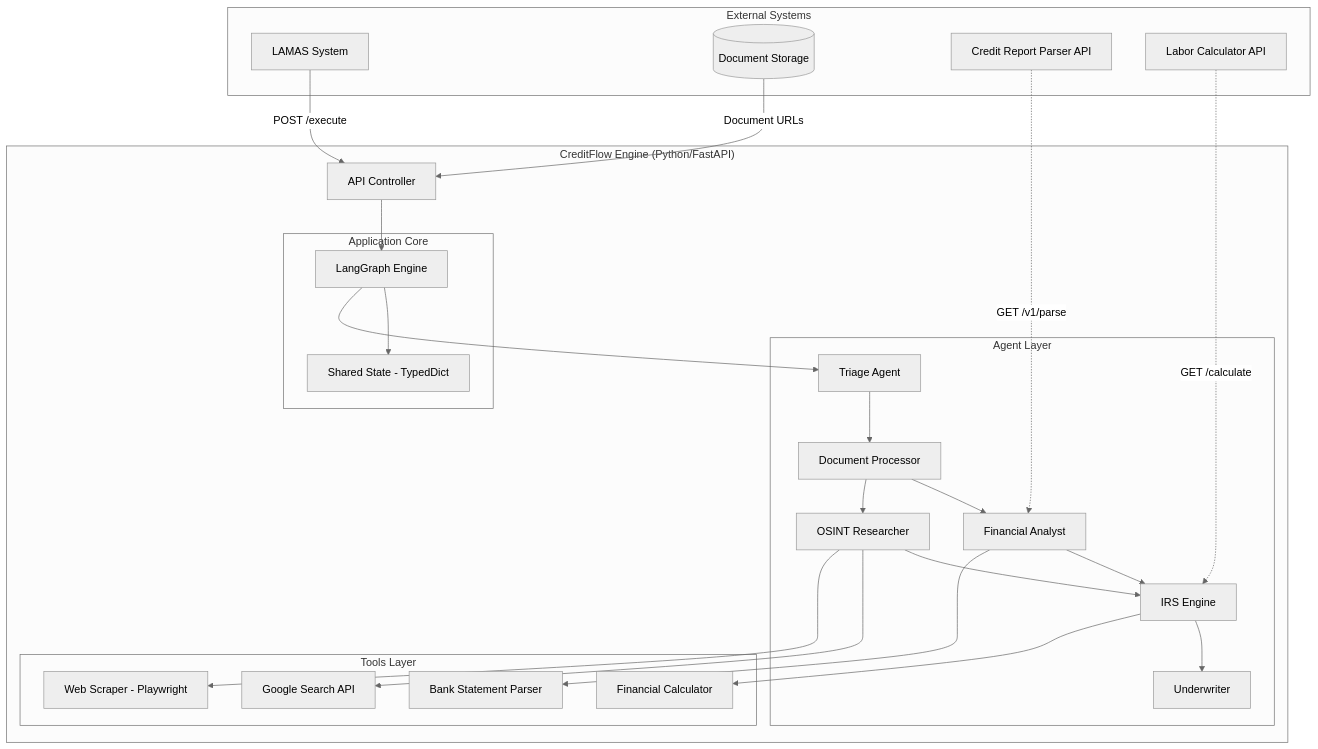
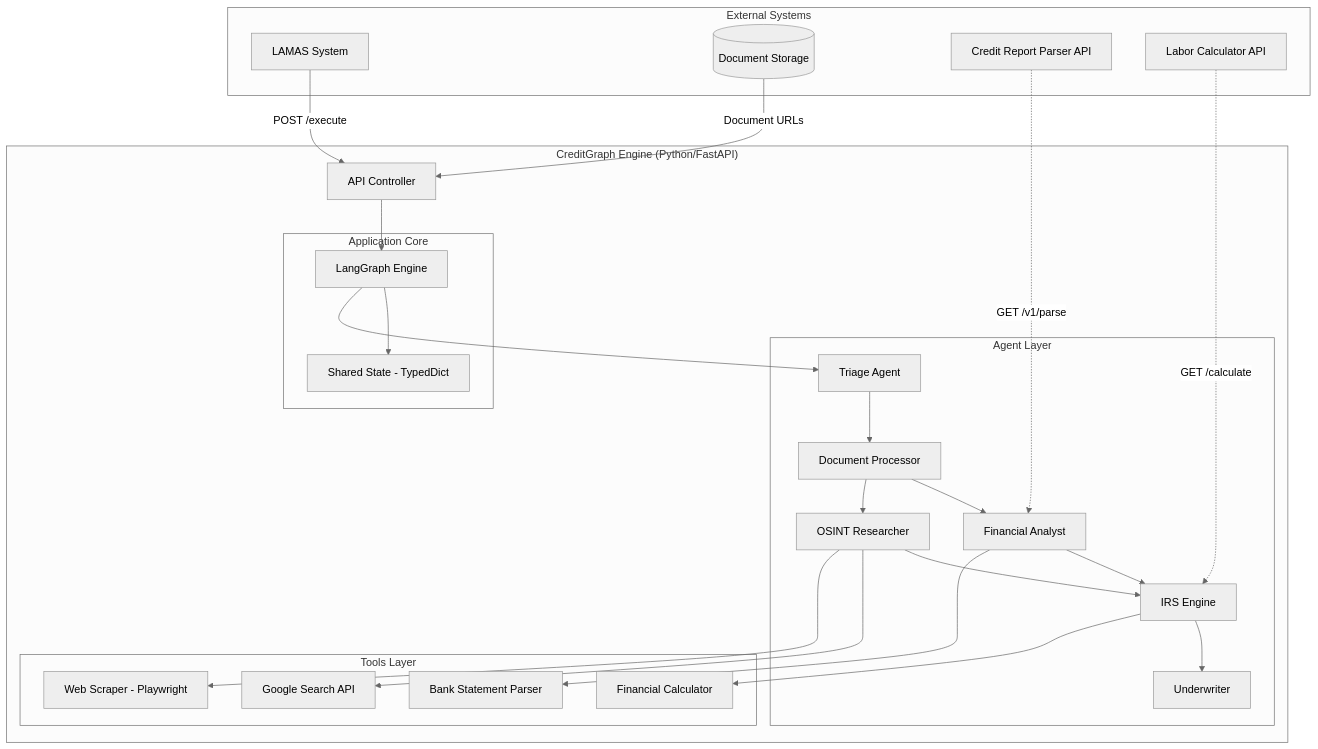
The second of 3 diagrams in docs/planning/prd.md (ibernabel/financial-risk-agent-graph), drawn with Mermaid (neutral theme) before and after one commit. The commit also changed other lines of this file and 15 other files, not shown here.

First line of the commit message:
refactor: rename project from CreditFlow AI to CreditGraph AI

````diff
--- a/docs/planning/prd.md
+++ b/docs/planning/prd.md
@@ -127,52 +127,52 @@
 ```mermaid
 graph TD
     subgraph External["External Systems"]
         LAMAS[LAMAS System]
         S3[(Document Storage)]
         CreditParser[Credit Report Parser API]
         LaborCalc[Labor Calculator API]
     end
 
-    subgraph CreditFlow["CreditFlow Engine (Python/FastAPI)"]
+    subgraph CreditGraph["CreditGraph Engine (Python/FastAPI)"]
         API[API Controller]
 
         subgraph Core["Application Core"]
             Orchestrator[LangGraph Engine]
             State[Shared State - TypedDict]
         end
 
         subgraph Agents["Agent Layer"]
             Triage[Triage Agent]
             DocProc[Document Processor]
             OSINT[OSINT Researcher]
             Financial[Financial Analyst]
             IRS[IRS Engine]
             Underwriter[Underwriter]
         end
 
         subgraph Tools["Tools Layer"]
             BankParser[Bank Statement Parser]
             GoogleAPI[Google Search API]
             Scraper[Web Scraper - Playwright]
             Calculator[Financial Calculator]
         end
     end
 
     LAMAS -->|POST /execute| API
     S3 -->|Document URLs| API
     API --> Orchestrator
     Orchestrator --> State
     Orchestrator --> Triage
     Triage --> DocProc
     DocProc --> Financial
     DocProc --> OSINT
     Financial --> IRS
     OSINT --> IRS
     IRS --> Underwriter
     Financial --> BankParser
     OSINT --> GoogleAPI
     OSINT --> Scraper
     IRS --> Calculator
     CreditParser -.->|GET /v1/parse| Financial
     LaborCalc -.->|GET /calculate| IRS
 ```
````
